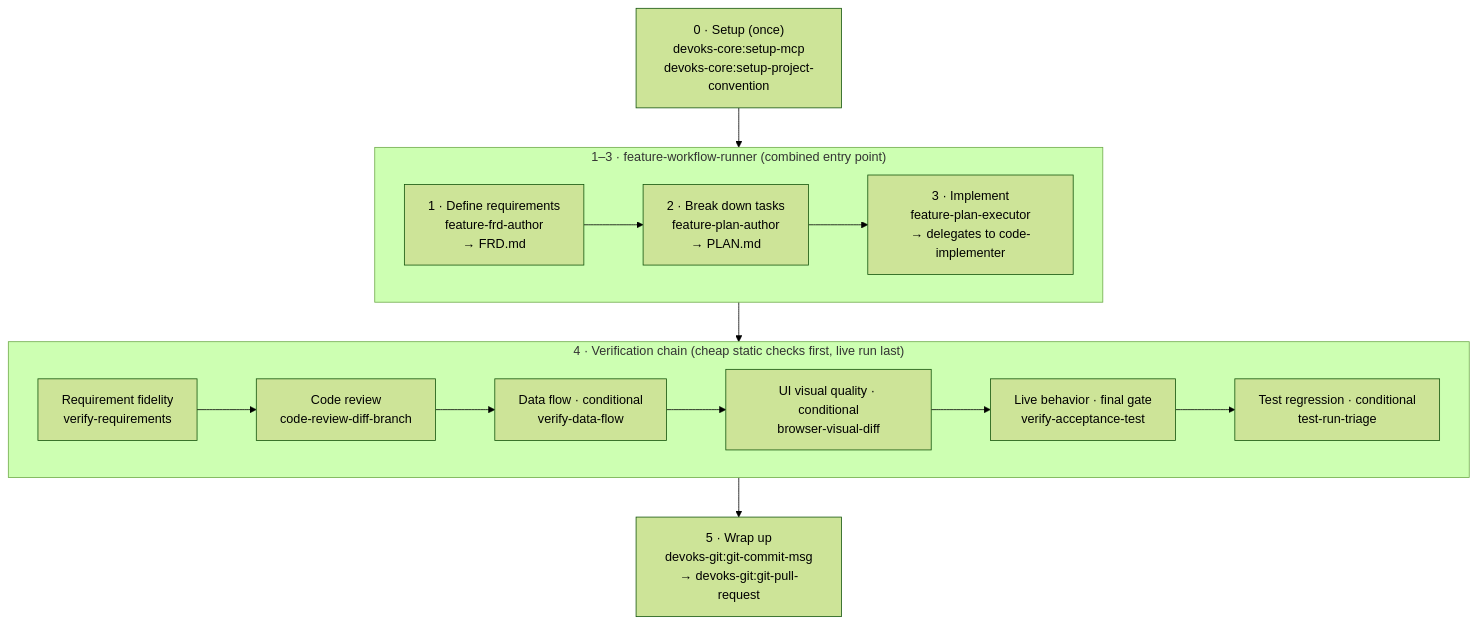
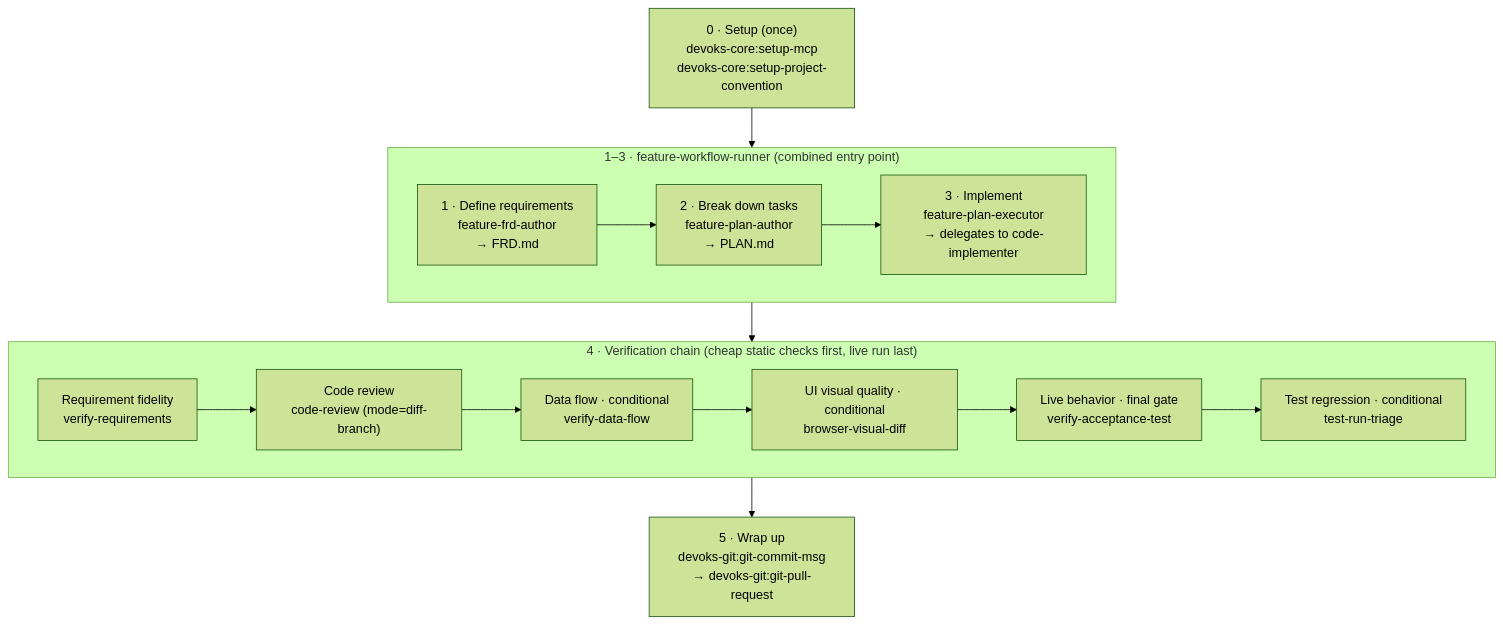
The diagram in README.md (ridsync/devoks-team-harness), drawn with Mermaid (forest theme) before and after one commit. The commit also changed other lines of this file and 31 other files, not shown here.

````diff
--- a/README.md
+++ b/README.md
@@ -108,29 +108,29 @@
 ```mermaid
 flowchart TD
     S["0 · Setup (once)<br/>devoks-core:setup-mcp<br/>devoks-core:setup-project-convention"]
 
     subgraph BUILD["1–3 · feature-workflow-runner (combined entry point)"]
         direction LR
         F["1 · Define requirements<br/>feature-frd-author<br/>→ FRD.md"]
         P["2 · Break down tasks<br/>feature-plan-author<br/>→ PLAN.md"]
         I["3 · Implement<br/>feature-plan-executor<br/>→ delegates to code-implementer"]
         F --> P --> I
     end
 
     subgraph VERIFY["4 · Verification chain (cheap static checks first, live run last)"]
         direction LR
         V1["Requirement fidelity<br/>verify-requirements"]
-        V2["Code review<br/>code-review-diff-branch"]
+        V2["Code review<br/>code-review (mode=diff-branch)"]
         V3["Data flow · conditional<br/>verify-data-flow"]
         V4["UI visual quality · conditional<br/>browser-visual-diff"]
         V5["Live behavior · final gate<br/>verify-acceptance-test"]
         V6["Test regression · conditional<br/>test-run-triage"]
         V1 --> V2 --> V3 --> V4 --> V5 --> V6
     end
 
     C["5 · Wrap up<br/>devoks-git:git-commit-msg<br/>→ devoks-git:git-pull-request"]
 
     S --> BUILD
     BUILD --> VERIFY
     VERIFY --> C
 ```
````
